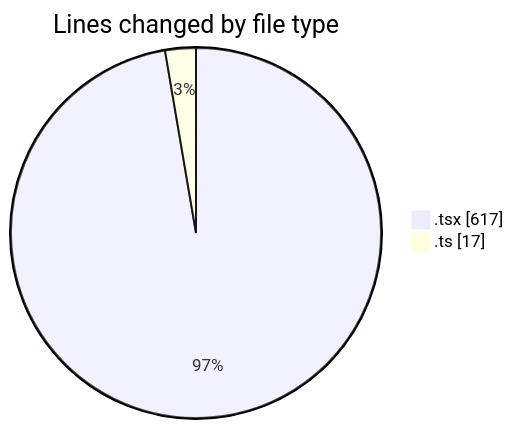
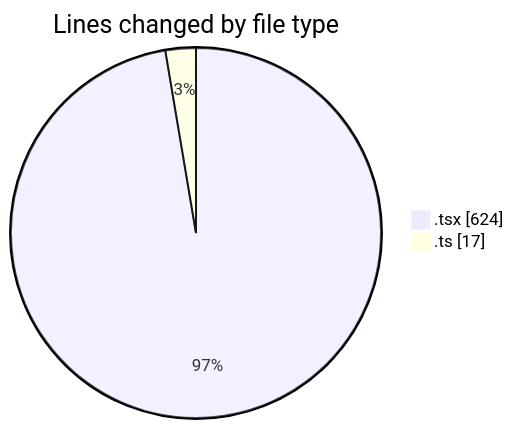
Before and after one commit to momahboobian/code-tracking: the first of 2 diagrams in 2025-04-02/cda/README.md, drawn with Mermaid. The commit also changed other lines of this file and 1 other file, not shown here.

````diff
--- a/2025-04-02/cda/README.md
+++ b/2025-04-02/cda/README.md
@@ -23,6 +23,6 @@
 ```mermaid
 pie showData
 title Lines changed by file type
-".tsx" : 617
+".tsx" : 624
 ".ts" : 17
 ```
````
